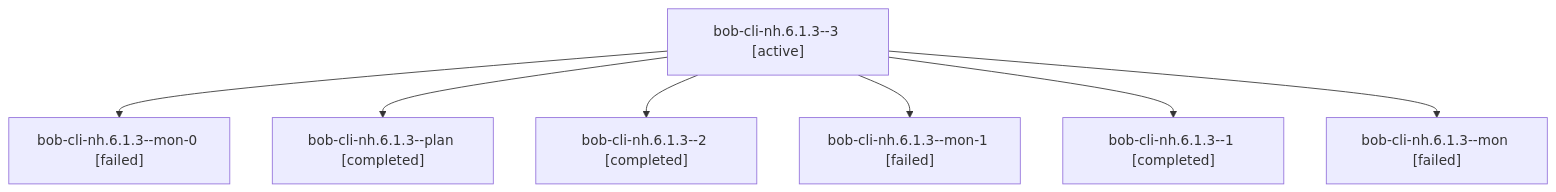
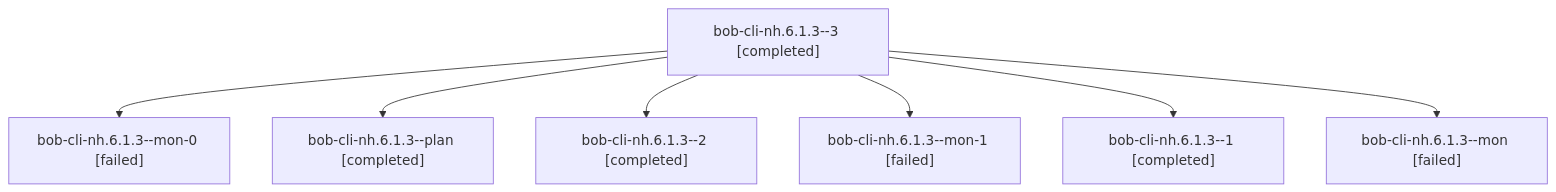
Before and after one commit to bobs-org/bob-cli--agents: the diagram in sessions/bbugyi200.athena.bob-cli-nh.6.1.3.md, drawn with Mermaid. The commit also changed other lines of this file and 95 other files, not shown here.

````diff
--- a/sessions/bbugyi200.athena.bob-cli-nh.6.1.3.md
+++ b/sessions/bbugyi200.athena.bob-cli-nh.6.1.3.md
@@ -9,16 +9,16 @@
 ```mermaid
 flowchart TD
-  n0["bob-cli-nh.6.1.3--3 [active]"]
+  n0["bob-cli-nh.6.1.3--3 [completed]"]
   n1["bob-cli-nh.6.1.3--mon-0 [failed]"]
   n0 --> n1
   n2["bob-cli-nh.6.1.3--plan [completed]"]
   n0 --> n2
   n3["bob-cli-nh.6.1.3--2 [completed]"]
   n0 --> n3
   n4["bob-cli-nh.6.1.3--mon-1 [failed]"]
   n0 --> n4
   n5["bob-cli-nh.6.1.3--1 [completed]"]
   n0 --> n5
   n6["bob-cli-nh.6.1.3--mon [failed]"]
   n0 --> n6
 ```
````
